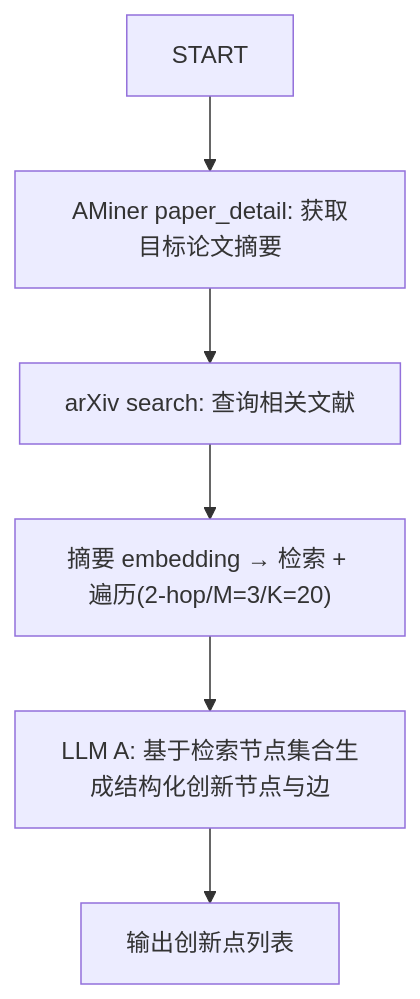
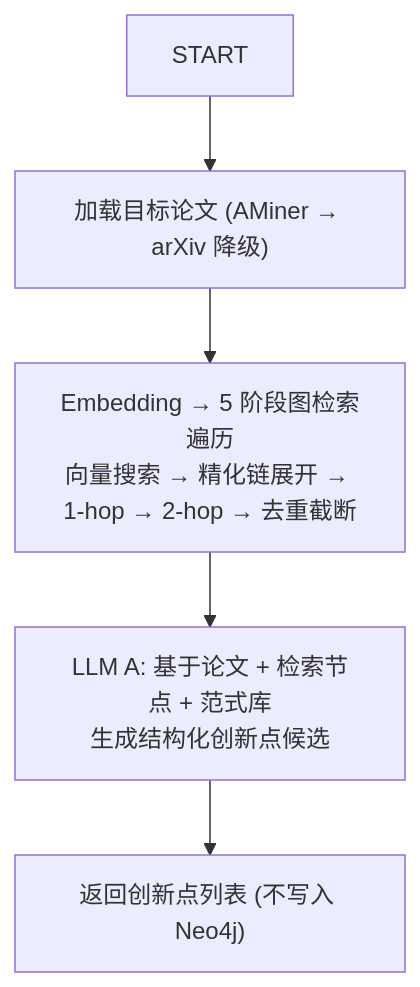
The third of 3 diagrams in docs/design.md (cheanus/IdeaForgeX), drawn with Mermaid before and after one commit. The commit also changed other lines of this file and 13 other files, not shown here.

````diff
--- a/docs/design.md
+++ b/docs/design.md
@@ -153,9 +175,8 @@
 ```mermaid
 flowchart TD
     S["START"]
-    S --> P1["AMiner paper_detail: 获取目标论文摘要"]
-    P1 --> P2["arXiv search: 查询相关文献"]
-    P2 --> P3["摘要 embedding → 检索 + 遍历(2-hop/M=3/K=20)"]
-    P3 --> P4["LLM A: 基于检索节点集合生成结构化创新节点与边"]
-    P4 --> O["输出创新点列表"]
+    S --> P1["加载目标论文 (AMiner → arXiv 降级)"]
+    P1 --> P2["Embedding → 5 阶段图检索遍历<br/>向量搜索 → 精化链展开 → 1-hop → 2-hop → 去重截断"]
+    P2 --> P3["LLM A: 基于论文 + 检索节点 + 范式库<br/>生成结构化创新点候选"]
+    P3 --> O["返回创新点列表 (不写入 Neo4j)"]
 ```
````
